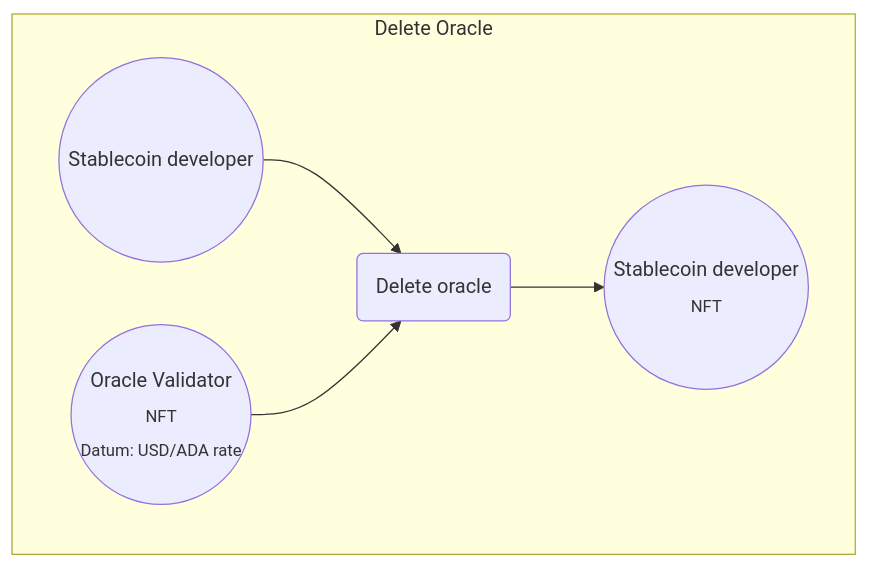
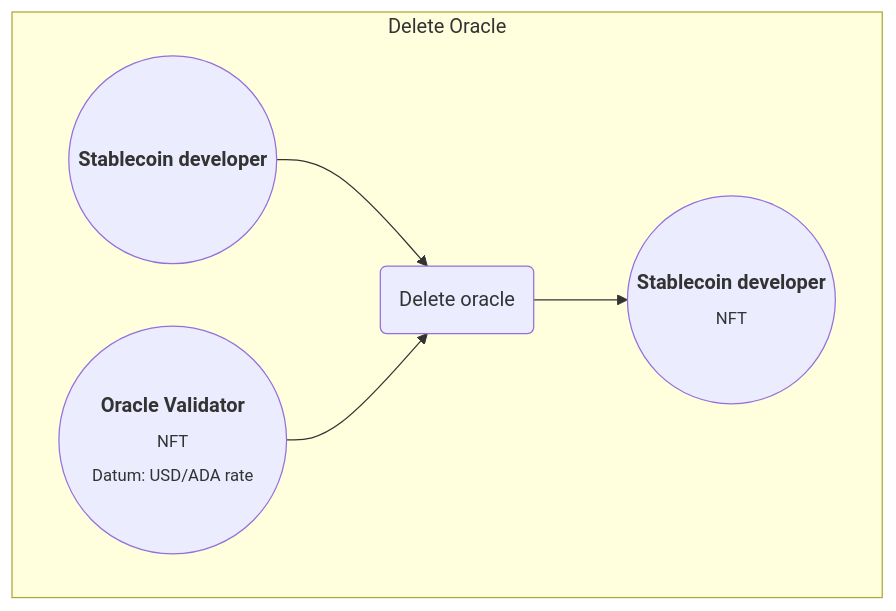
Before and after one commit to input-output-hk/plutus-pioneer-program: the seventh of 7 diagrams in code/Week09/README.md, drawn with Mermaid. The commit also changed other lines of this file, not shown here.

Commit message:
Fixed weird diagram rendering in GitHub

````diff
--- a/code/Week09/README.md
+++ b/code/Week09/README.md
@@ -142,9 +141,9 @@
 ```mermaid
 flowchart LR
     subgraph Deploy [Delete Oracle]
     direction LR
-    A1((Stablecoin developer)) --> A3(Delete oracle)
-    A2(("Oracle Validator <br> <sub>NFT <br> Datum: USD/ADA rate</sub>")) --> A3
-    A3 --> A4((Stablecoin developer <br> <sub>NFT</sub>))
+    A1((<b>Stablecoin developer</b>)) --> A3(Delete oracle)
+    A2(("&#8199 &#8199 <b>Oracle Validator</b> &#8199 &#8199 <br> <sub>NFT <br> Datum: USD/ADA rate</sub>")) --> A3
+    A3 --> A4((<b>Stablecoin developer</b> <br> <sub>NFT</sub>))
     end
 ```
````
